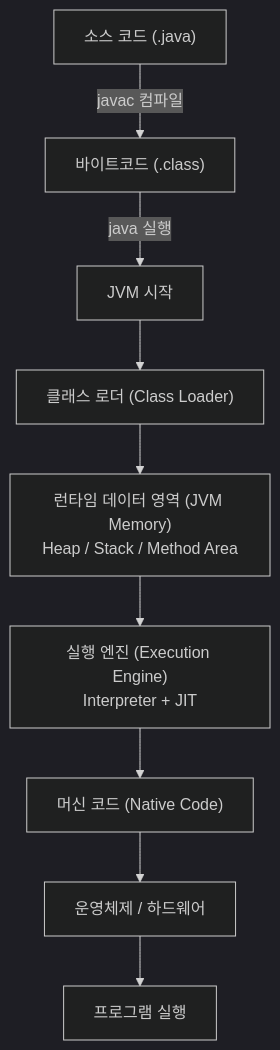
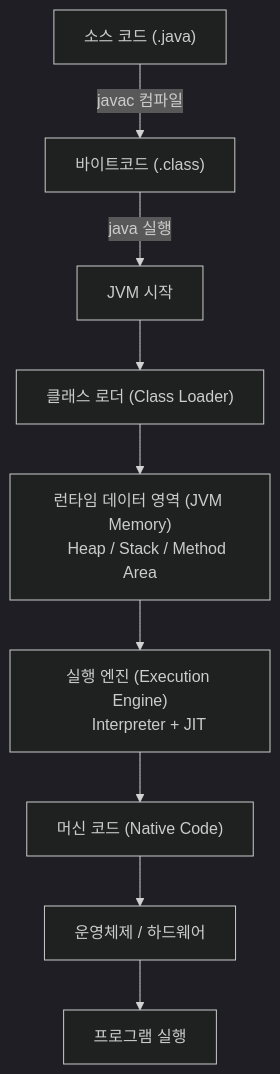
One commit to zz106603/backend-cs-notes changed the diagram in 프로그래밍/자바 프로그램 실행 흐름.md. Above: the diagram before and after it, drawn with Mermaid (dark theme).

Commit message:
feat: mermaid 수정

````diff
--- a/프로그래밍/자바 프로그램 실행 흐름.md
+++ b/프로그래밍/자바 프로그램 실행 흐름.md
@@ -7,11 +7,13 @@
 ```mermaid
 graph TD
     A["소스 코드 (.java)"] -->|javac 컴파일| B["바이트코드 (.class)"]
     B -->|java 실행| C["JVM 시작"]
     C --> D["클래스 로더 (Class Loader)"]
-    D --> E["런타임 데이터 영역 (JVM Memory)\nHeap / Stack / Method Area"]
-    E --> F["실행 엔진 (Execution Engine)\nInterpreter + JIT"]
+    D --> E["런타임 데이터 영역 (JVM Memory)
+    Heap / Stack / Method Area"]
+    E --> F["실행 엔진 (Execution Engine)
+    Interpreter + JIT"]
     F --> G["머신 코드 (Native Code)"]
     G --> H["운영체제 / 하드웨어"]
     H --> I["프로그램 실행"]
 ```
````
